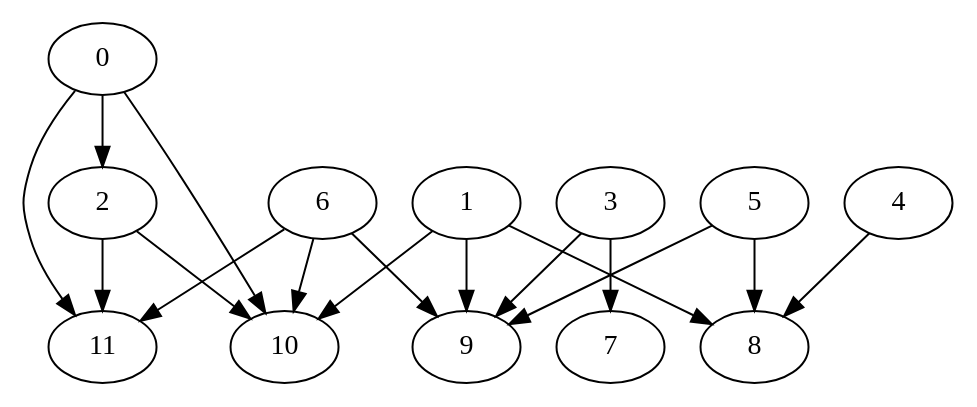
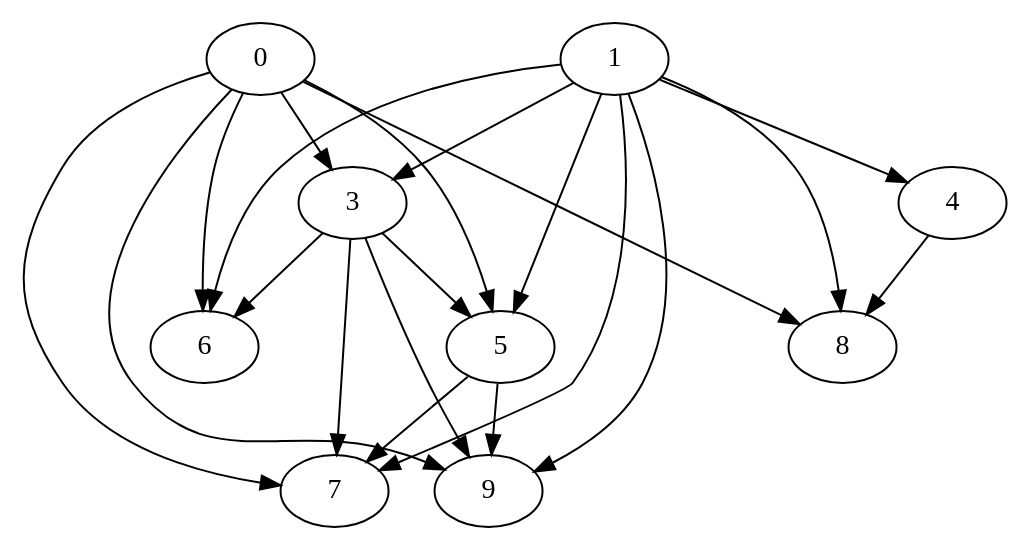
The diagram in DAGs/networks/network2/network2.dot (MrGreyPanda/NEM-MCMC-optimization), drawn with Graphviz before and after one commit. The commit also changed 177 other files, not shown here.

```diff
--- a/DAGs/networks/network2/network2.dot
+++ b/DAGs/networks/network2/network2.dot
@@ -1,18 +1,22 @@
 digraph {
-    0 -> 10;
+    0 -> 7;
+    1 -> 5;
     3 -> 7;
-    2 -> 10;
     1 -> 8;
-    0 -> 2;
-    6 -> 10;
-    2 -> 11;
+    5 -> 7;
+    0 -> 5;
+    1 -> 6;
+    0 -> 8;
+    1 -> 3;
     1 -> 9;
-    0 -> 11;
-    5 -> 8;
-    6 -> 11;
+    3 -> 5;
+    0 -> 3;
+    0 -> 9;
+    1 -> 4;
+    0 -> 6;
+    1 -> 7;
     3 -> 9;
-    1 -> 10;
     4 -> 8;
+    3 -> 6;
     5 -> 9;
-    6 -> 9;
 }
```
